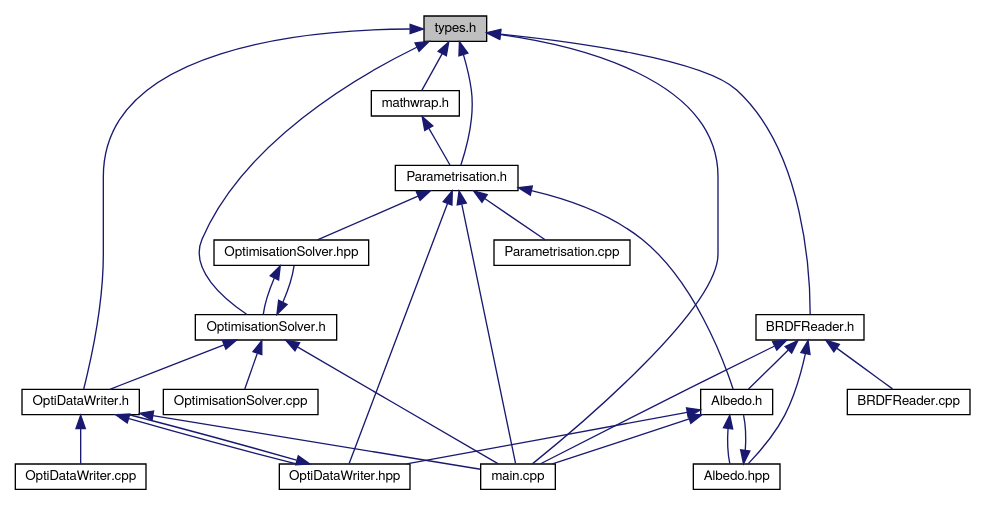
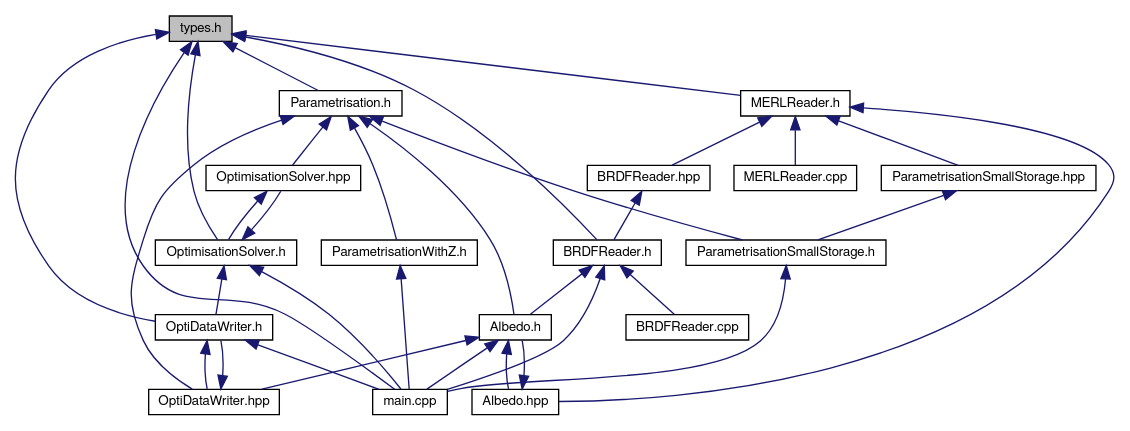
One commit to bsella/BRDF3000 changed the diagram in docs/types_8h__dep__incl.dot. Above: the diagram before and after it, drawn with Graphviz. The commit also changed 459 other files, not shown here.

```diff
--- a/docs/types_8h__dep__incl.dot
+++ b/docs/types_8h__dep__incl.dot
@@ -1,50 +1,55 @@
 digraph "types.h"
 {
- // LATEX_PDF_SIZE
   edge [fontname="FreeSans",fontsize="10",labelfontname="FreeSans",labelfontsize="10"];
   node [fontname="FreeSans",fontsize="10",shape=record];
-  Node4 [label="types.h",height=0.2,width=0.4,color="black", fillcolor="grey75", style="filled", fontcolor="black",tooltip=" "];
-  Node4 -> Node5 [dir="back",color="midnightblue",fontsize="10",style="solid",fontname="FreeSans"];
-  Node5 [label="main.cpp",height=0.2,width=0.4,color="black", fillcolor="white", style="filled",URL="$main_8cpp.html",tooltip=" "];
-  Node4 -> Node6 [dir="back",color="midnightblue",fontsize="10",style="solid",fontname="FreeSans"];
-  Node6 [label="Parametrisation.h",height=0.2,width=0.4,color="black", fillcolor="white", style="filled",URL="$_parametrisation_8h.html",tooltip="Functions and classes related to the BRDF space parametrisation that are common to the Optimisation m..."];
-  Node6 -> Node5 [dir="back",color="midnightblue",fontsize="10",style="solid",fontname="FreeSans"];
+  Node1 [label="types.h",height=0.2,width=0.4,color="black", fillcolor="grey75", style="filled", fontcolor="black"];
+  Node1 -> Node2 [dir="back",color="midnightblue",fontsize="10",style="solid",fontname="FreeSans"];
+  Node2 [label="main.cpp",height=0.2,width=0.4,color="black", fillcolor="white", style="filled",URL="$main_8cpp.html"];
+  Node1 -> Node3 [dir="back",color="midnightblue",fontsize="10",style="solid",fontname="FreeSans"];
+  Node3 [label="Parametrisation.h",height=0.2,width=0.4,color="black", fillcolor="white", style="filled",URL="$_parametrisation_8h.html",tooltip="Functions and classes related to the BRDF space parametrisation that are common to the Optimisation m..."];
+  Node3 -> Node4 [dir="back",color="midnightblue",fontsize="10",style="solid",fontname="FreeSans"];
+  Node4 [label="ParametrisationWithZ.h",height=0.2,width=0.4,color="black", fillcolor="white", style="filled",URL="$_parametrisation_with_z_8h.html",tooltip="Does the BRDF space parametrisation. "];
+  Node4 -> Node2 [dir="back",color="midnightblue",fontsize="10",style="solid",fontname="FreeSans"];
+  Node3 -> Node5 [dir="back",color="midnightblue",fontsize="10",style="solid",fontname="FreeSans"];
+  Node5 [label="ParametrisationSmallStorage.h",height=0.2,width=0.4,color="black", fillcolor="white", style="filled",URL="$_parametrisation_small_storage_8h.html",tooltip="Does the BRDF space parametrisation using a small amount of Ram. "];
+  Node5 -> Node2 [dir="back",color="midnightblue",fontsize="10",style="solid",fontname="FreeSans"];
+  Node3 -> Node6 [dir="back",color="midnightblue",fontsize="10",style="solid",fontname="FreeSans"];
+  Node6 [label="OptimisationSolver.hpp",height=0.2,width=0.4,color="black", fillcolor="white", style="filled",URL="$_optimisation_solver_8hpp.html"];
   Node6 -> Node7 [dir="back",color="midnightblue",fontsize="10",style="solid",fontname="FreeSans"];
-  Node7 [label="OptimisationSolver.hpp",height=0.2,width=0.4,color="black", fillcolor="white", style="filled",URL="$_optimisation_solver_8hpp.html",tooltip=" "];
+  Node7 [label="OptimisationSolver.h",height=0.2,width=0.4,color="black", fillcolor="white", style="filled",URL="$_optimisation_solver_8h.html"];
+  Node7 -> Node2 [dir="back",color="midnightblue",fontsize="10",style="solid",fontname="FreeSans"];
+  Node7 -> Node6 [dir="back",color="midnightblue",fontsize="10",style="solid",fontname="FreeSans"];
   Node7 -> Node8 [dir="back",color="midnightblue",fontsize="10",style="solid",fontname="FreeSans"];
-  Node8 [label="OptimisationSolver.h",height=0.2,width=0.4,color="black", fillcolor="white", style="filled",URL="$_optimisation_solver_8h.html",tooltip=" "];
-  Node8 -> Node5 [dir="back",color="midnightblue",fontsize="10",style="solid",fontname="FreeSans"];
-  Node8 -> Node7 [dir="back",color="midnightblue",fontsize="10",style="solid",fontname="FreeSans"];
+  Node8 [label="OptiDataWriter.h",height=0.2,width=0.4,color="black", fillcolor="white", style="filled",URL="$_opti_data_writer_8h.html",tooltip="Provides the functions to write latent space data needed for BRDFs reconstruction and latent space vi..."];
+  Node8 -> Node2 [dir="back",color="midnightblue",fontsize="10",style="solid",fontname="FreeSans"];
   Node8 -> Node9 [dir="back",color="midnightblue",fontsize="10",style="solid",fontname="FreeSans"];
-  Node9 [label="OptiDataWriter.h",height=0.2,width=0.4,color="black", fillcolor="white", style="filled",URL="$_opti_data_writer_8h.html",tooltip="Provides the functions to write latent space data needed for BRDFs reconstruction and latent space vi..."];
-  Node9 -> Node5 [dir="back",color="midnightblue",fontsize="10",style="solid",fontname="FreeSans"];
-  Node9 -> Node10 [dir="back",color="midnightblue",fontsize="10",style="solid",fontname="FreeSans"];
-  Node10 [label="OptiDataWriter.hpp",height=0.2,width=0.4,color="black", fillcolor="white", style="filled",URL="$_opti_data_writer_8hpp.html",tooltip=" "];
+  Node9 [label="OptiDataWriter.hpp",height=0.2,width=0.4,color="black", fillcolor="white", style="filled",URL="$_opti_data_writer_8hpp.html"];
+  Node9 -> Node8 [dir="back",color="midnightblue",fontsize="10",style="solid",fontname="FreeSans"];
+  Node3 -> Node10 [dir="back",color="midnightblue",fontsize="10",style="solid",fontname="FreeSans"];
+  Node10 [label="Albedo.h",height=0.2,width=0.4,color="black", fillcolor="white", style="filled",URL="$_albedo_8h.html"];
   Node10 -> Node9 [dir="back",color="midnightblue",fontsize="10",style="solid",fontname="FreeSans"];
-  Node9 -> Node11 [dir="back",color="midnightblue",fontsize="10",style="solid",fontname="FreeSans"];
-  Node11 [label="OptiDataWriter.cpp",height=0.2,width=0.4,color="black", fillcolor="white", style="filled",URL="$_opti_data_writer_8cpp.html",tooltip=" "];
-  Node8 -> Node12 [dir="back",color="midnightblue",fontsize="10",style="solid",fontname="FreeSans"];
-  Node12 [label="OptimisationSolver.cpp",height=0.2,width=0.4,color="black", fillcolor="white", style="filled",URL="$_optimisation_solver_8cpp.html",tooltip=" "];
-  Node6 -> Node13 [dir="back",color="midnightblue",fontsize="10",style="solid",fontname="FreeSans"];
-  Node13 [label="Albedo.h",height=0.2,width=0.4,color="black", fillcolor="white", style="filled",URL="$_albedo_8h.html",tooltip=" "];
-  Node13 -> Node10 [dir="back",color="midnightblue",fontsize="10",style="solid",fontname="FreeSans"];
-  Node13 -> Node14 [dir="back",color="midnightblue",fontsize="10",style="solid",fontname="FreeSans"];
-  Node14 [label="Albedo.hpp",height=0.2,width=0.4,color="black", fillcolor="white", style="filled",URL="$_albedo_8hpp.html",tooltip=" "];
-  Node14 -> Node13 [dir="back",color="midnightblue",fontsize="10",style="solid",fontname="FreeSans"];
+  Node10 -> Node11 [dir="back",color="midnightblue",fontsize="10",style="solid",fontname="FreeSans"];
+  Node11 [label="Albedo.hpp",height=0.2,width=0.4,color="black", fillcolor="white", style="filled",URL="$_albedo_8hpp.html"];
+  Node11 -> Node10 [dir="back",color="midnightblue",fontsize="10",style="solid",fontname="FreeSans"];
+  Node10 -> Node2 [dir="back",color="midnightblue",fontsize="10",style="solid",fontname="FreeSans"];
+  Node3 -> Node9 [dir="back",color="midnightblue",fontsize="10",style="solid",fontname="FreeSans"];
+  Node1 -> Node12 [dir="back",color="midnightblue",fontsize="10",style="solid",fontname="FreeSans"];
+  Node12 [label="MERLReader.h",height=0.2,width=0.4,color="black", fillcolor="white", style="filled",URL="$_m_e_r_l_reader_8h.html"];
+  Node12 -> Node13 [dir="back",color="midnightblue",fontsize="10",style="solid",fontname="FreeSans"];
+  Node13 [label="ParametrisationSmallStorage.hpp",height=0.2,width=0.4,color="black", fillcolor="white", style="filled",URL="$_parametrisation_small_storage_8hpp.html"];
   Node13 -> Node5 [dir="back",color="midnightblue",fontsize="10",style="solid",fontname="FreeSans"];
-  Node6 -> Node10 [dir="back",color="midnightblue",fontsize="10",style="solid",fontname="FreeSans"];
-  Node6 -> Node15 [dir="back",color="midnightblue",fontsize="10",style="solid",fontname="FreeSans"];
-  Node15 [label="Parametrisation.cpp",height=0.2,width=0.4,color="black", fillcolor="white", style="filled",URL="$_parametrisation_8cpp.html",tooltip=" "];
-  Node4 -> Node16 [dir="back",color="midnightblue",fontsize="10",style="solid",fontname="FreeSans"];
-  Node16 [label="mathwrap.h",height=0.2,width=0.4,color="black", fillcolor="white", style="filled",URL="$mathwrap_8h.html",tooltip=" "];
-  Node16 -> Node6 [dir="back",color="midnightblue",fontsize="10",style="solid",fontname="FreeSans"];
-  Node4 -> Node17 [dir="back",color="midnightblue",fontsize="10",style="solid",fontname="FreeSans"];
-  Node17 [label="BRDFReader.h",height=0.2,width=0.4,color="black", fillcolor="white", style="filled",URL="$_b_r_d_f_reader_8h.html",tooltip=" "];
-  Node17 -> Node5 [dir="back",color="midnightblue",fontsize="10",style="solid",fontname="FreeSans"];
-  Node17 -> Node13 [dir="back",color="midnightblue",fontsize="10",style="solid",fontname="FreeSans"];
-  Node17 -> Node14 [dir="back",color="midnightblue",fontsize="10",style="solid",fontname="FreeSans"];
-  Node17 -> Node18 [dir="back",color="midnightblue",fontsize="10",style="solid",fontname="FreeSans"];
-  Node18 [label="BRDFReader.cpp",height=0.2,width=0.4,color="black", fillcolor="white", style="filled",URL="$_b_r_d_f_reader_8cpp.html",tooltip=" "];
-  Node4 -> Node8 [dir="back",color="midnightblue",fontsize="10",style="solid",fontname="FreeSans"];
-  Node4 -> Node9 [dir="back",color="midnightblue",fontsize="10",style="solid",fontname="FreeSans"];
+  Node12 -> Node14 [dir="back",color="midnightblue",fontsize="10",style="solid",fontname="FreeSans"];
+  Node14 [label="BRDFReader.hpp",height=0.2,width=0.4,color="black", fillcolor="white", style="filled",URL="$_b_r_d_f_reader_8hpp.html"];
+  Node14 -> Node15 [dir="back",color="midnightblue",fontsize="10",style="solid",fontname="FreeSans"];
+  Node15 [label="BRDFReader.h",height=0.2,width=0.4,color="black", fillcolor="white", style="filled",URL="$_b_r_d_f_reader_8h.html"];
+  Node15 -> Node2 [dir="back",color="midnightblue",fontsize="10",style="solid",fontname="FreeSans"];
+  Node15 -> Node10 [dir="back",color="midnightblue",fontsize="10",style="solid",fontname="FreeSans"];
+  Node15 -> Node16 [dir="back",color="midnightblue",fontsize="10",style="solid",fontname="FreeSans"];
+  Node16 [label="BRDFReader.cpp",height=0.2,width=0.4,color="black", fillcolor="white", style="filled",URL="$_b_r_d_f_reader_8cpp.html"];
+  Node12 -> Node11 [dir="back",color="midnightblue",fontsize="10",style="solid",fontname="FreeSans"];
+  Node12 -> Node17 [dir="back",color="midnightblue",fontsize="10",style="solid",fontname="FreeSans"];
+  Node17 [label="MERLReader.cpp",height=0.2,width=0.4,color="black", fillcolor="white", style="filled",URL="$_m_e_r_l_reader_8cpp.html"];
+  Node1 -> Node15 [dir="back",color="midnightblue",fontsize="10",style="solid",fontname="FreeSans"];
+  Node1 -> Node7 [dir="back",color="midnightblue",fontsize="10",style="solid",fontname="FreeSans"];
+  Node1 -> Node8 [dir="back",color="midnightblue",fontsize="10",style="solid",fontname="FreeSans"];
 }
```
